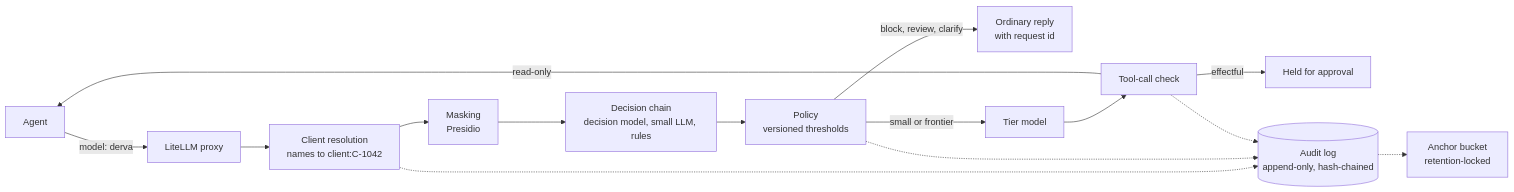
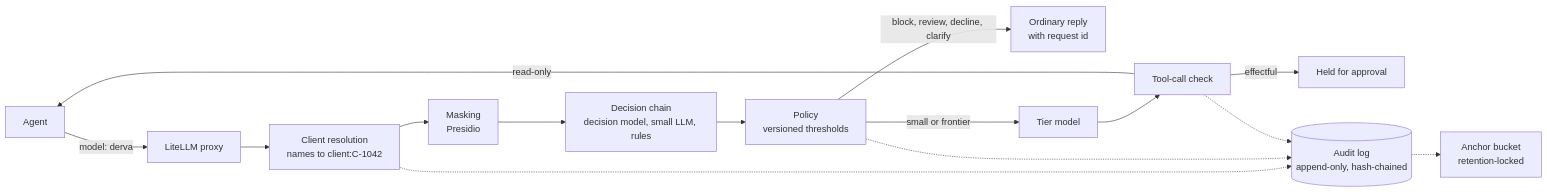
One commit to TomaIjatomi/derva-ai-gateway changed the diagram in README.md. Above: the diagram before and after it, drawn with Mermaid. The commit also changed other lines of this file and 34 other files, not shown here.

````diff
--- a/README.md
+++ b/README.md
@@ -11,17 +11,17 @@
 ```mermaid
 flowchart LR
     A[Agent] -->|model: derva| G[LiteLLM proxy]
     G --> R[Client resolution<br/>names to client:C-1042]
     R --> M[Masking<br/>Presidio]
     M --> D[Decision chain<br/>decision model, small LLM, rules]
     D --> P[Policy<br/>versioned thresholds]
-    P -->|block, review, clarify| X[Ordinary reply<br/>with request id]
+    P -->|block, review, decline, clarify| X[Ordinary reply<br/>with request id]
     P -->|small or frontier| T[Tier model]
     T --> C[Tool-call check]
     C -->|effectful| H[Held for approval]
     C -->|read-only| A
     R -.-> L[(Audit log<br/>append-only, hash-chained)]
     P -.-> L
     C -.-> L
     L -.-> K[Anchor bucket<br/>retention-locked]
 ```
````
